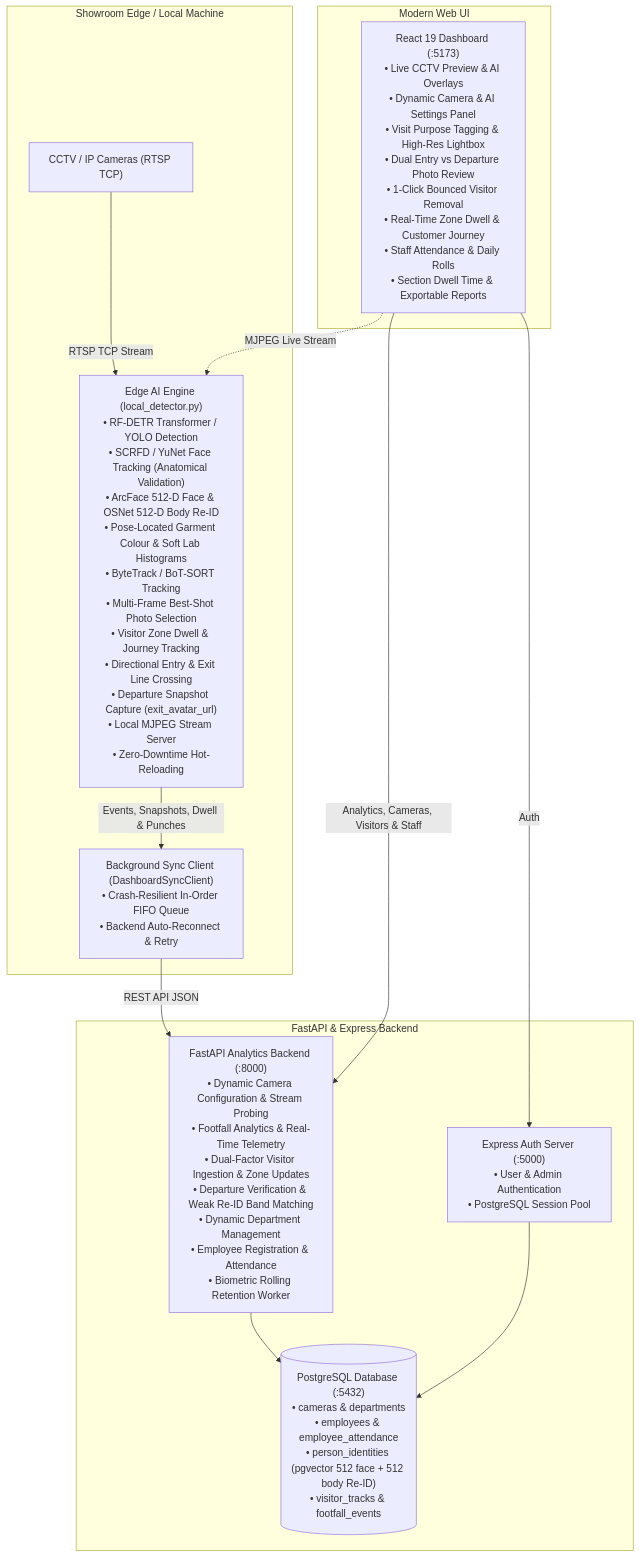
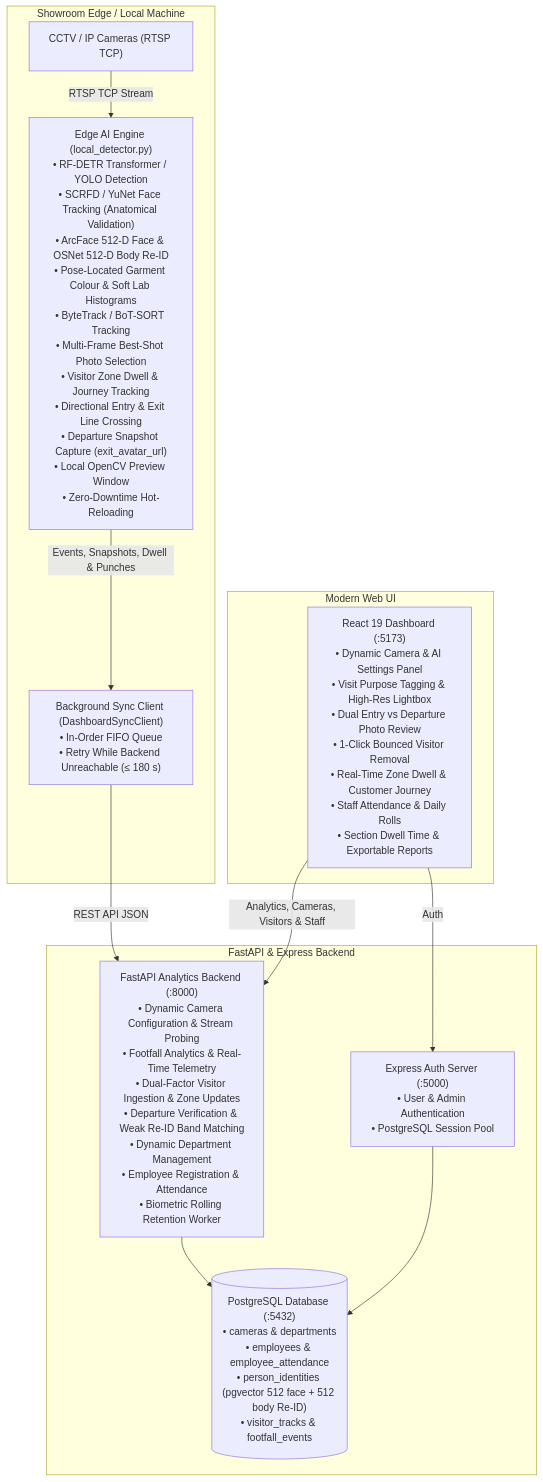
The first of 3 diagrams in README.md (sujitctpl/jms-tech), drawn with Mermaid before and after one commit. The commit also changed other lines of this file and 145 other files, not shown here.

Commit message:
visitor management module with backend services, schemas, and UI components

````diff
--- a/README.md
+++ b/README.md
@@ -11,27 +11,26 @@
 ```mermaid
 graph TD
     subgraph Edge Layer [Showroom Edge / Local Machine]
         CCTV["CCTV / IP Cameras (RTSP TCP)"]
-        Detector["Edge AI Engine (local_detector.py)\n• RF-DETR Transformer / YOLO Detection\n• SCRFD / YuNet Face Tracking (Anatomical Validation)\n• ArcFace 512-D Face & OSNet 512-D Body Re-ID\n• Pose-Located Garment Colour & Soft Lab Histograms\n• ByteTrack / BoT-SORT Tracking\n• Multi-Frame Best-Shot Photo Selection\n• Visitor Zone Dwell & Journey Tracking\n• Directional Entry & Exit Line Crossing\n• Departure Snapshot Capture (exit_avatar_url)\n• Local MJPEG Stream Server\n• Zero-Downtime Hot-Reloading"]
-        SyncQueue["Background Sync Client (DashboardSyncClient)\n• Crash-Resilient In-Order FIFO Queue\n• Backend Auto-Reconnect & Retry"]
+        Detector["Edge AI Engine (local_detector.py)\n• RF-DETR Transformer / YOLO Detection\n• SCRFD / YuNet Face Tracking (Anatomical Validation)\n• ArcFace 512-D Face & OSNet 512-D Body Re-ID\n• Pose-Located Garment Colour & Soft Lab Histograms\n• ByteTrack / BoT-SORT Tracking\n• Multi-Frame Best-Shot Photo Selection\n• Visitor Zone Dwell & Journey Tracking\n• Directional Entry & Exit Line Crossing\n• Departure Snapshot Capture (exit_avatar_url)\n• Local OpenCV Preview Window\n• Zero-Downtime Hot-Reloading"]
+        SyncQueue["Background Sync Client (DashboardSyncClient)\n• In-Order FIFO Queue\n• Retry While Backend Unreachable (≤ 180 s)"]
     end
 
     subgraph Backend Layer [FastAPI & Express Backend]
         API["FastAPI Analytics Backend (:8000)\n• Dynamic Camera Configuration & Stream Probing\n• Footfall Analytics & Real-Time Telemetry\n• Dual-Factor Visitor Ingestion & Zone Updates\n• Departure Verification & Weak Re-ID Band Matching\n• Dynamic Department Management\n• Employee Registration & Attendance\n• Biometric Rolling Retention Worker"]
         AuthSrv["Express Auth Server (:5000)\n• User & Admin Authentication\n• PostgreSQL Session Pool"]
         DB[("PostgreSQL Database (:5432)\n• cameras & departments\n• employees & employee_attendance\n• person_identities (pgvector 512 face + 512 body Re-ID)\n• visitor_tracks & footfall_events")]
     end
 
     subgraph Client Layer [Modern Web UI]
-        Dashboard["React 19 Dashboard (:5173)\n• Live CCTV Preview & AI Overlays\n• Dynamic Camera & AI Settings Panel\n• Visit Purpose Tagging & High-Res Lightbox\n• Dual Entry vs Departure Photo Review\n• 1-Click Bounced Visitor Removal\n• Real-Time Zone Dwell & Customer Journey\n• Staff Attendance & Daily Rolls\n• Section Dwell Time & Exportable Reports"]
+        Dashboard["React 19 Dashboard (:5173)\n• Dynamic Camera & AI Settings Panel\n• Visit Purpose Tagging & High-Res Lightbox\n• Dual Entry vs Departure Photo Review\n• 1-Click Bounced Visitor Removal\n• Real-Time Zone Dwell & Customer Journey\n• Staff Attendance & Daily Rolls\n• Section Dwell Time & Exportable Reports"]
     end
 
     CCTV -->|RTSP TCP Stream| Detector
     Detector -->|Events, Snapshots, Dwell & Punches| SyncQueue
     SyncQueue -->|REST API JSON| API
     API --> DB
     AuthSrv --> DB
     Dashboard -->|Analytics, Cameras, Visitors & Staff| API
     Dashboard -->|Auth| AuthSrv
-    Dashboard -.->|MJPEG Live Stream| Detector
 ```
````
